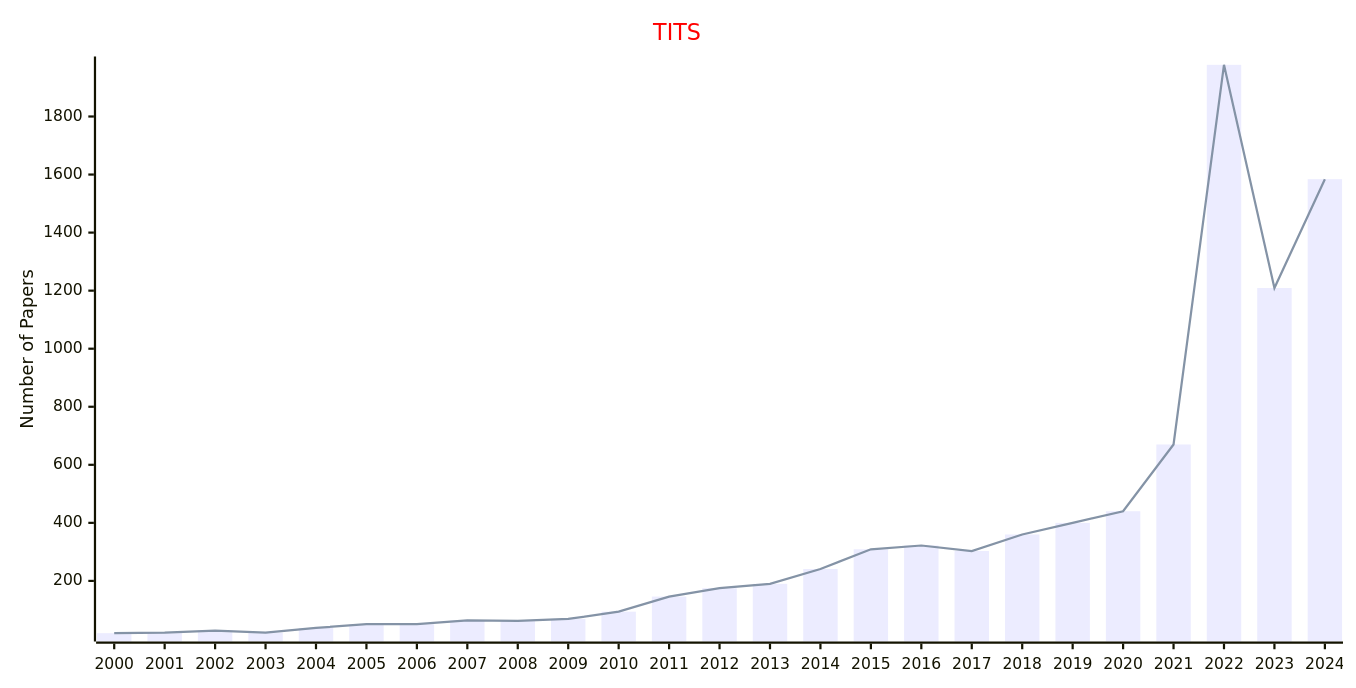
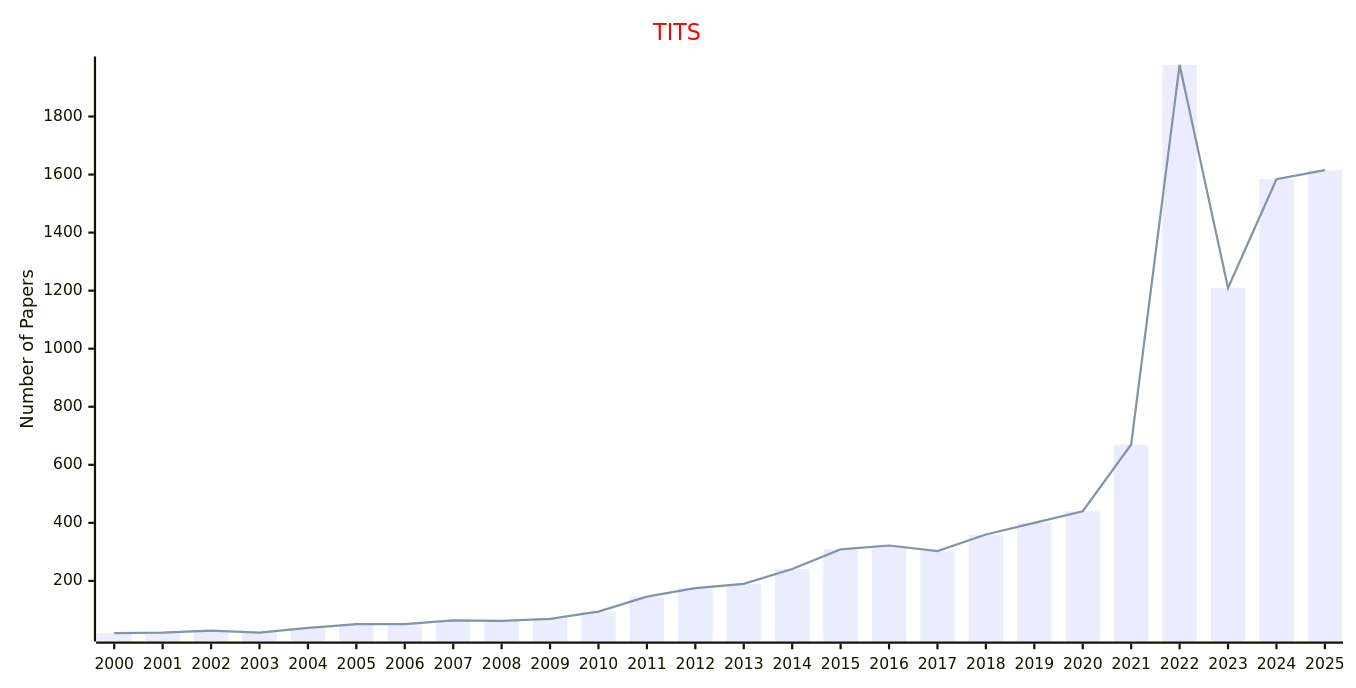
Before and after one commit to Easy-PhD/AILinks: the diagram in docs/data/Journals/Statistics_Journals/Transportation_Systems.md, drawn with Mermaid. The commit also changed 107 other files, not shown here.

````diff
--- a/docs/data/Journals/Statistics_Journals/Transportation_Systems.md
+++ b/docs/data/Journals/Statistics_Journals/Transportation_Systems.md
@@ -9,17 +9,17 @@
 ```mermaid
 ---
 config:
     xyChart:
         width: 1200
         height: 600
     themeVariables:
         xyChart:
             titleColor: "#ff0000"
 ---
 xychart-beta
     title "TITS"
-    x-axis [2000, 2001, 2002, 2003, 2004, 2005, 2006, 2007, 2008, 2009, 2010, 2011, 2012, 2013, 2014, 2015, 2016, 2017, 2018, 2019, 2020, 2021, 2022, 2023, 2024]
+    x-axis [2000, 2001, 2002, 2003, 2004, 2005, 2006, 2007, 2008, 2009, 2010, 2011, 2012, 2013, 2014, 2015, 2016, 2017, 2018, 2019, 2020, 2021, 2022, 2023, 2024, 2025]
     y-axis "Number of Papers"
-    bar [20, 22, 29, 22, 38, 51, 51, 64, 62, 69, 94, 146, 175, 190, 241, 309, 322, 303, 360, 400, 440, 670, 1978, 1209, 1584]
-    line [20, 22, 29, 22, 38, 51, 51, 64, 62, 69, 94, 146, 175, 190, 241, 309, 322, 303, 360, 400, 440, 670, 1978, 1209, 1584]
+    bar [20, 22, 29, 22, 38, 51, 51, 64, 62, 69, 94, 146, 175, 190, 241, 309, 322, 303, 360, 400, 440, 670, 1978, 1209, 1584, 1615]
+    line [20, 22, 29, 22, 38, 51, 51, 64, 62, 69, 94, 146, 175, 190, 241, 309, 322, 303, 360, 400, 440, 670, 1978, 1209, 1584, 1615]
 ```
````
